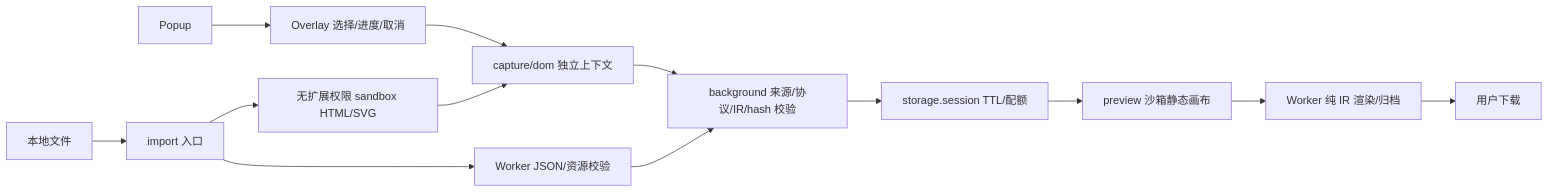
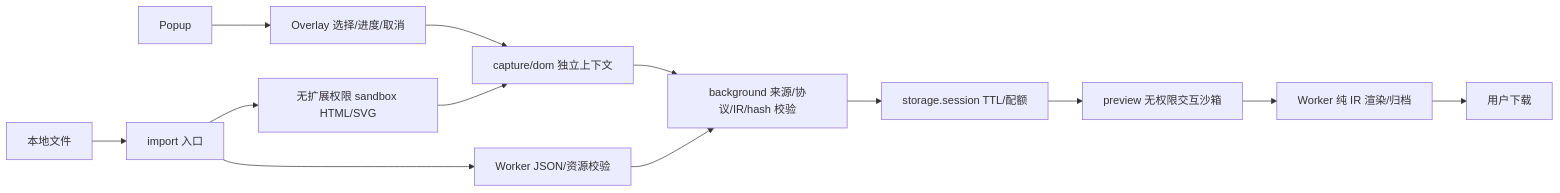
Before and after one commit to yunmin311/intelligent-ui-portability-lab: the diagram in docs/ARCHITECTURE.md, drawn with Mermaid. The commit also changed other lines of this file and 70 other files, not shown here.

````diff
--- a/docs/ARCHITECTURE.md
+++ b/docs/ARCHITECTURE.md
@@ -7,15 +7,15 @@
 ```mermaid
 flowchart LR
  P[Popup] --> O[Overlay 选择/进度/取消]
  O --> C[capture/dom 独立上下文]
  F[本地文件] --> I[import 入口]
  I --> S[无扩展权限 sandbox HTML/SVG]
  S --> C
  I --> W[Worker JSON/资源校验]
  C --> B[background 来源/协议/IR/hash 校验]
  W --> B
  B --> SS[storage.session TTL/配额]
- SS --> V[preview 沙箱静态画布]
+ SS --> V[preview 无权限交互沙箱]
  V --> R[Worker 纯 IR 渲染/归档]
  R --> D[用户下载]
 ```
````
